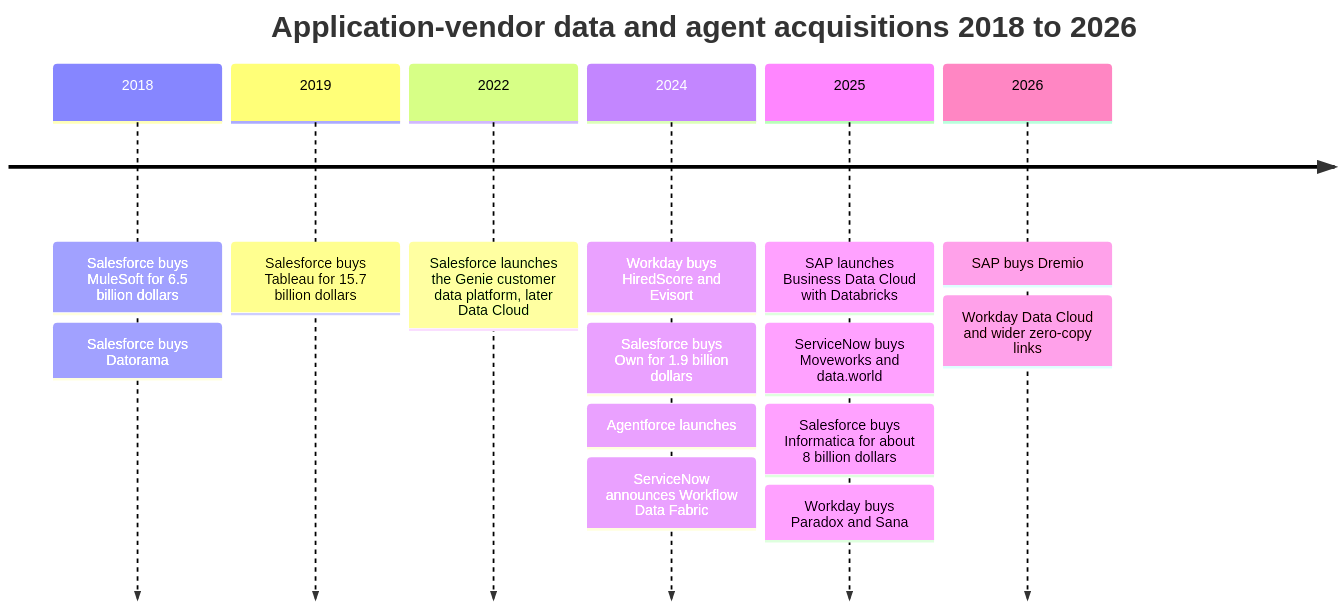
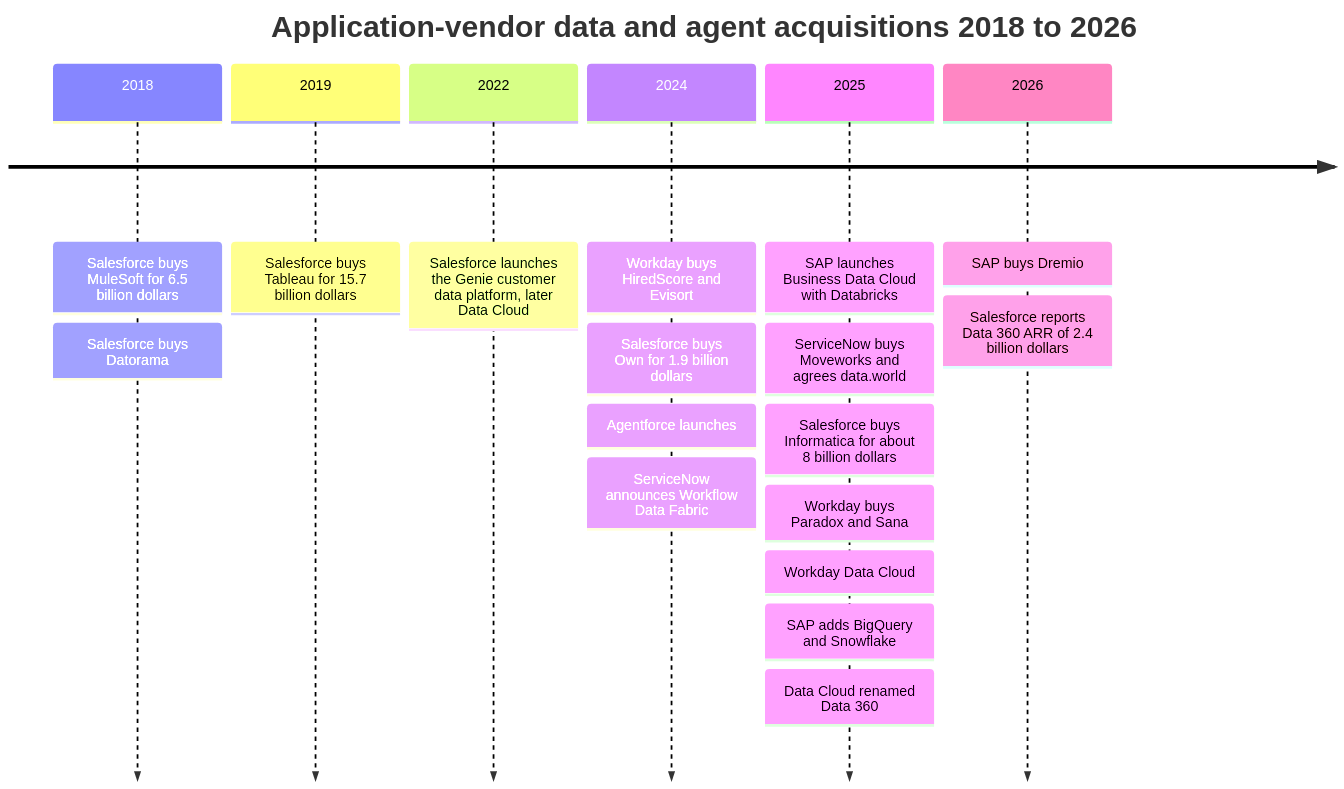
Before and after one commit to FrankHuang94/data_tech_db_claude: the first of 5 diagrams in docs/04-company-deep-dives/ch34-application-giants-data-platforms.md, drawn with Mermaid. The commit also changed other lines of this file and 2 other files, not shown here.

````diff
--- a/docs/04-company-deep-dives/ch34-application-giants-data-platforms.md
+++ b/docs/04-company-deep-dives/ch34-application-giants-data-platforms.md
@@ -45,10 +45,10 @@
 ```mermaid
 timeline
     title Application-vendor data and agent acquisitions 2018 to 2026
     2018 : Salesforce buys MuleSoft for 6.5 billion dollars : Salesforce buys Datorama
     2019 : Salesforce buys Tableau for 15.7 billion dollars
     2022 : Salesforce launches the Genie customer data platform, later Data Cloud
     2024 : Workday buys HiredScore and Evisort : Salesforce buys Own for 1.9 billion dollars : Agentforce launches : ServiceNow announces Workflow Data Fabric
-    2025 : SAP launches Business Data Cloud with Databricks : ServiceNow buys Moveworks and data.world : Salesforce buys Informatica for about 8 billion dollars : Workday buys Paradox and Sana
-    2026 : SAP buys Dremio : Workday Data Cloud and wider zero-copy links
+    2025 : SAP launches Business Data Cloud with Databricks : ServiceNow buys Moveworks and agrees data.world : Salesforce buys Informatica for about 8 billion dollars : Workday buys Paradox and Sana : Workday Data Cloud : SAP adds BigQuery and Snowflake : Data Cloud renamed Data 360
+    2026 : SAP buys Dremio : Salesforce reports Data 360 ARR of 2.4 billion dollars
 ```
````
